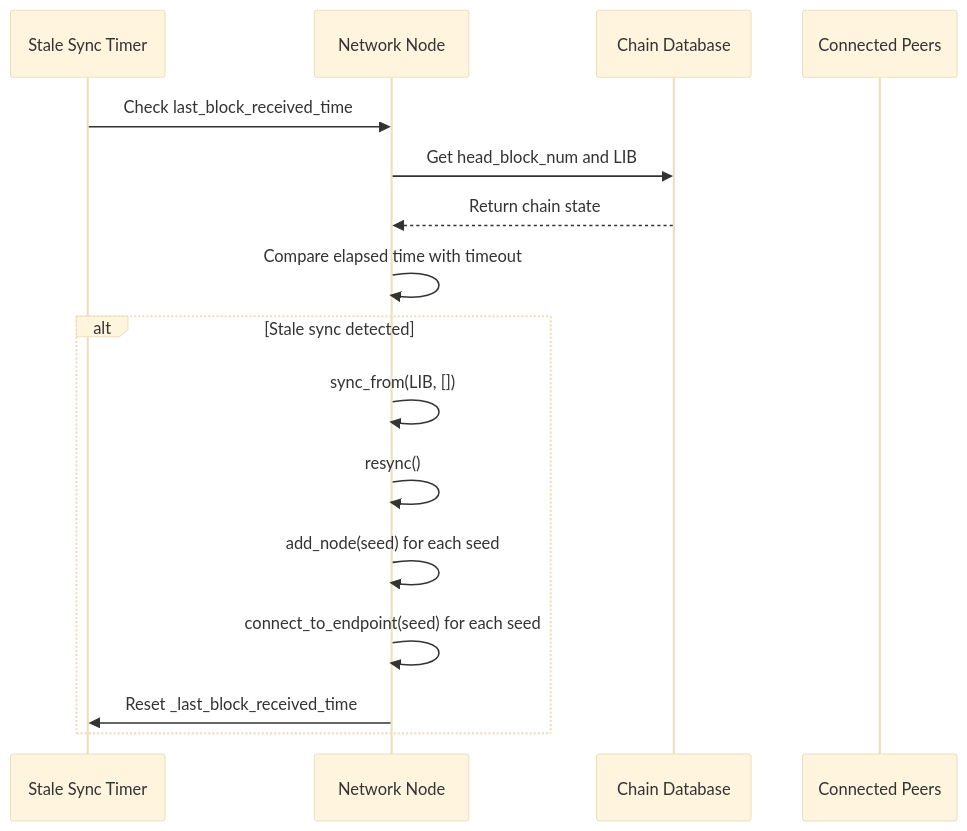
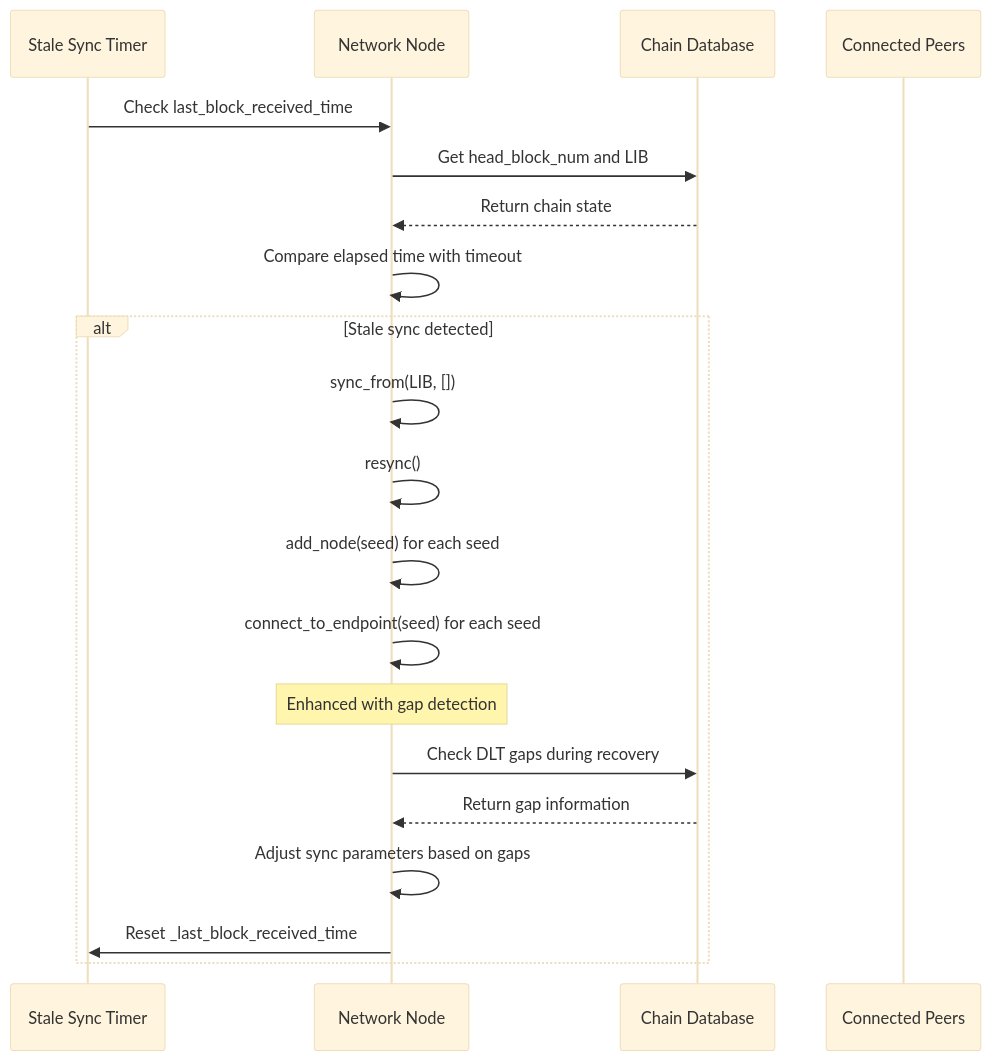
One commit to VIZ-Blockchain/viz-cpp-node changed diagram 20 of 32 in .qoder/repowiki/en/content/P2p Plugin.md. Above: the diagram before and after it, drawn with Mermaid (base theme). The commit also changed other lines of this file and 5 other files, not shown here.

First line of the commit message:
feat(dlt_block_log): add reset method and automatic gap recovery system

````diff
--- a/.qoder/repowiki/en/content/P2p Plugin.md
+++ b/.qoder/repowiki/en/content/P2p Plugin.md
@@ -556,18 +795,22 @@
 ```mermaid
 sequenceDiagram
 participant Timer as Stale Sync Timer
 participant Node as Network Node
 participant Chain as Chain Database
 participant Peers as Connected Peers
 Timer->>Node : Check last_block_received_time
 Node->>Chain : Get head_block_num and LIB
 Chain-->>Node : Return chain state
 Node->>Node : Compare elapsed time with timeout
 alt Stale sync detected
 Node->>Node : sync_from(LIB, [])
 Node->>Node : resync()
 Node->>Node : add_node(seed) for each seed
 Node->>Node : connect_to_endpoint(seed) for each seed
+Note over Node : Enhanced with gap detection
+Node->>Chain : Check DLT gaps during recovery
+Chain-->>Node : Return gap information
+Node->>Node : Adjust sync parameters based on gaps
 Node->>Timer : Reset _last_block_received_time
 end
 ```
````
